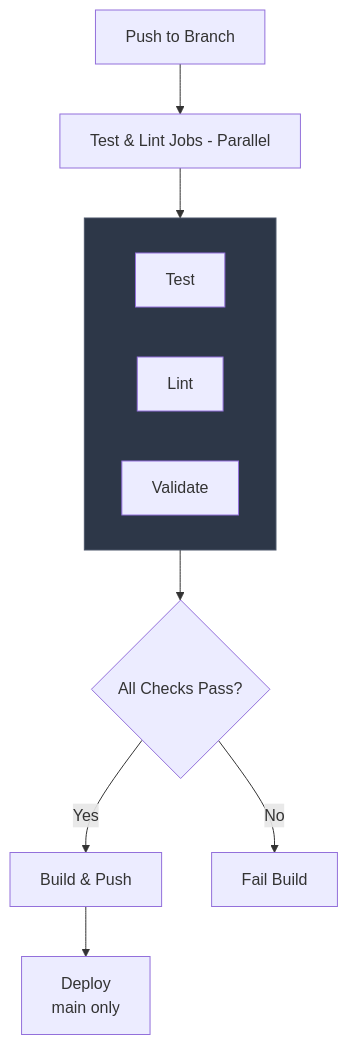
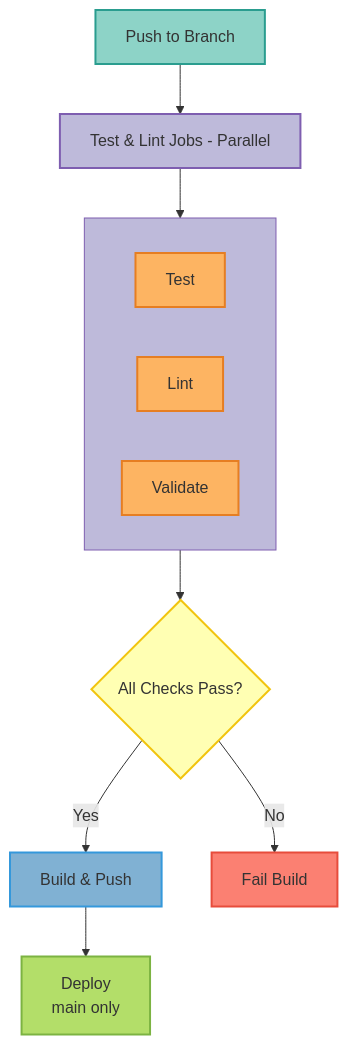
Before and after one commit to vishnu2kmohan/mcp-server-langgraph: the first of 2 diagrams in docs/reference/development/ci-cd.mdx, drawn with Mermaid. The commit also changed other lines of this file and 13 other files, not shown here.

First line of the commit message:
docs: apply ColorBrewer2 Set3 styling to all remaining diagrams and enforce standards

````diff
--- a/docs/reference/development/ci-cd.mdx
+++ b/docs/reference/development/ci-cd.mdx
@@ -36,20 +36,37 @@
 ```mermaid
 flowchart TB
     A[Push to Branch] --> B[Test & Lint Jobs - Parallel]
 
     subgraph parallel[" "]
         B1[Test]
         B2[Lint]
         B3[Validate]
     end
 
     B --> parallel
     parallel --> C{All Checks Pass?}
 
     C -->|Yes| D[Build & Push]
     C -->|No| E[Fail Build]
 
     D --> F[Deploy<br/>main only]
 
-    style parallel fill:#2d3748,stroke:#4a5568
+    %% ColorBrewer2 Set3 palette - each component type uniquely colored
+    classDef startStyle fill:#8dd3c7,stroke:#2a9d8f,stroke-width:2px,color:#333
+    classDef testStyle fill:#fdb462,stroke:#e67e22,stroke-width:2px,color:#333
+    classDef decisionStyle fill:#ffffb3,stroke:#f1c40f,stroke-width:2px,color:#333
+    classDef buildStyle fill:#80b1d3,stroke:#3498db,stroke-width:2px,color:#333
+    classDef successStyle fill:#b3de69,stroke:#7cb342,stroke-width:2px,color:#333
+    classDef errorStyle fill:#fb8072,stroke:#e74c3c,stroke-width:2px,color:#333
+    classDef parallelStyle fill:#bebada,stroke:#7e5eb0,stroke-width:2px,color:#333
+
+    class A startStyle
+    class B parallelStyle
+    class B1,B2,B3 testStyle
+    class C decisionStyle
+    class D buildStyle
+    class F successStyle
+    class E errorStyle
+
+    style parallel fill:#bebada,stroke:#7e5eb0
 ```
````
